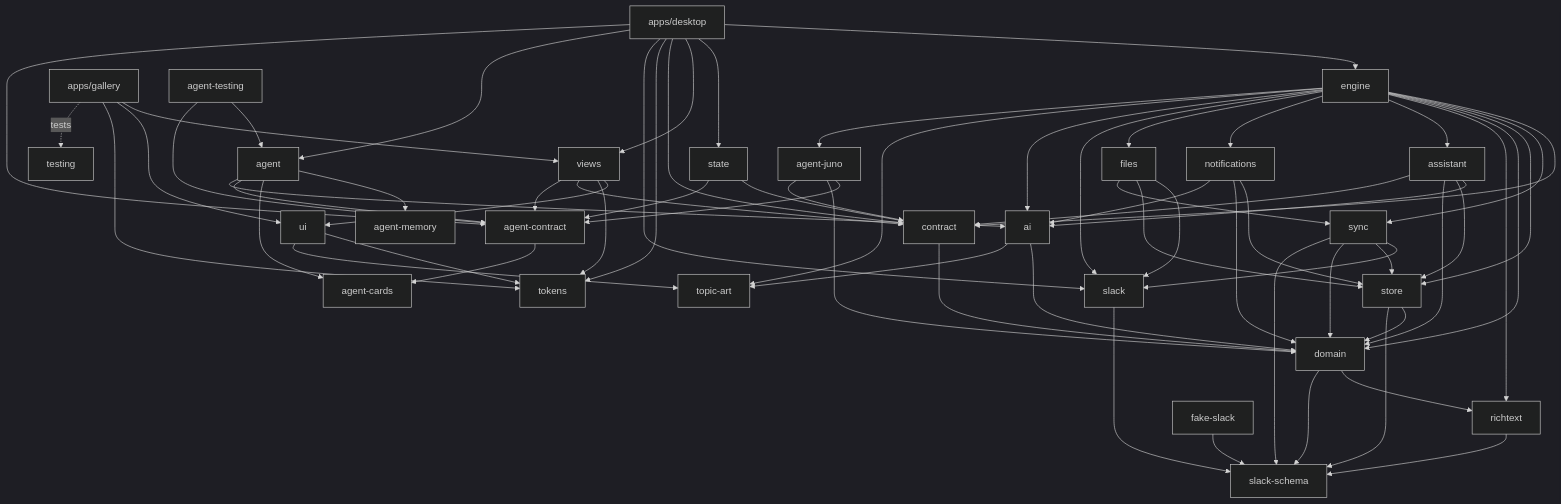
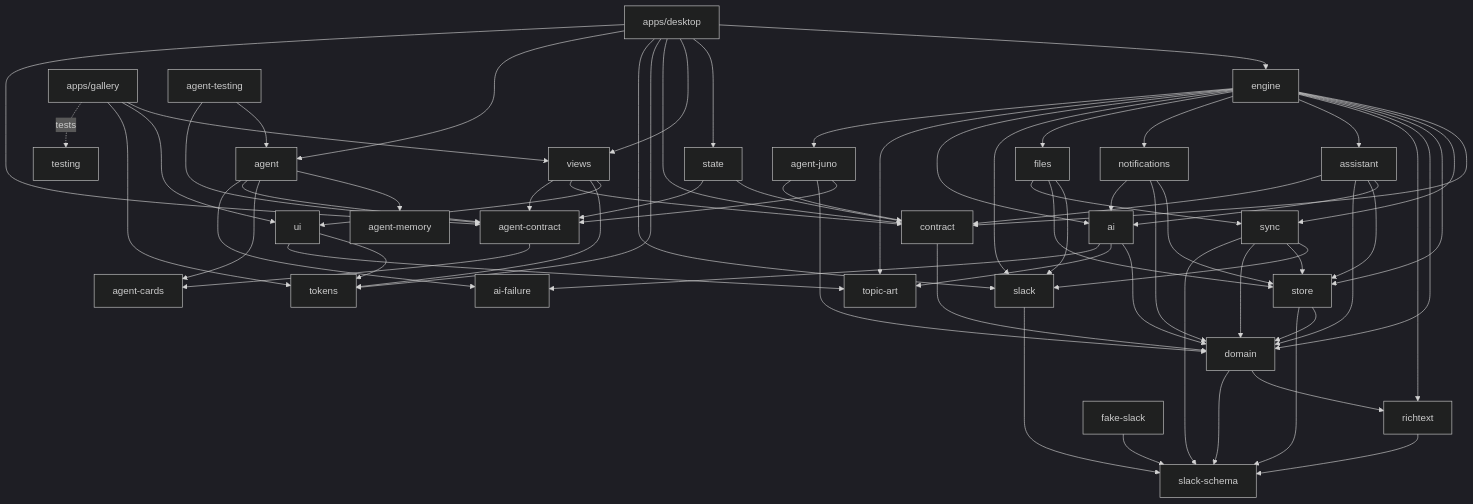
Before and after one commit to triptu/juno: the second of 2 diagrams in docs/architecture.md, drawn with Mermaid (dark theme). The commit also changed other lines of this file and 2 other files, not shown here.

Commit message:
Show ai-failure in the package graph and the decision

````diff
--- a/docs/architecture.md
+++ b/docs/architecture.md
@@ -114,32 +114,32 @@
 ```mermaid
 flowchart TD
   slack_schema[slack-schema]
   richtext --> slack_schema
   domain --> richtext & slack_schema
   contract --> domain
   slack --> slack_schema
   store --> domain & slack_schema
   sync --> slack & store & domain & slack_schema
   topic_art[topic-art]
-  ai --> domain & topic_art
+  ai --> domain & topic_art & ai_failure[ai-failure]
   assistant --> ai & store & domain & contract
   notifications --> store & domain & ai
   files --> slack & store & sync
   engine --> contract & sync & store & domain & richtext & assistant & notifications & files & slack & ai & topic_art
   fake_slack[fake-slack] --> slack_schema
   tokens
   ui --> tokens & topic_art
   views --> ui & tokens & contract
   state --> contract
   desktop[apps/desktop] --> engine & state & views & contract & tokens & slack
   gallery[apps/gallery] --> views & ui & tokens
   gallery -.tests.-> testing[testing]
   agent_contract[agent-contract] --> agent_cards[agent-cards]
-  agent --> agent_memory[agent-memory] & agent_cards & agent_contract & ai
+  agent --> agent_memory[agent-memory] & agent_cards & agent_contract & ai_failure
   agent_juno[agent-juno] --> agent_contract & domain & contract
   agent_testing[agent-testing] --> agent & agent_contract
   engine --> agent_juno
   state --> agent_contract
   views --> agent_contract
   desktop --> agent & agent_contract
 ```
````
